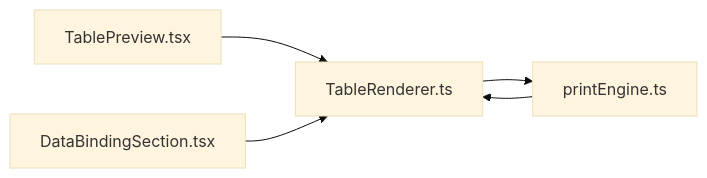
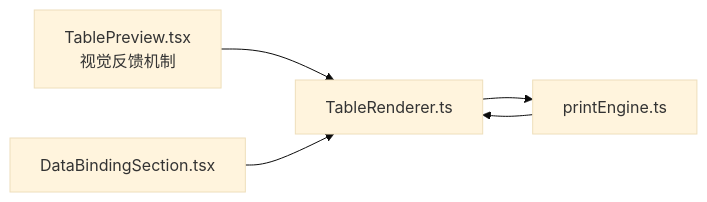
One commit to joker-yjc/printer changed the sixth of 6 diagrams in .qoder/repowiki/zh/content/组件系统详解/表格组件.md. Above: the diagram before and after it, drawn with Mermaid (base theme). The commit also changed other lines of this file and 61 other files, not shown here.

````diff
--- a/.qoder/repowiki/zh/content/组件系统详解/表格组件.md
+++ b/.qoder/repowiki/zh/content/组件系统详解/表格组件.md
@@ -247,7 +265,7 @@
 ```mermaid
 graph LR
-TP["TablePreview.tsx"] --> TR["TableRenderer.ts"]
+TP["TablePreview.tsx<br/>视觉反馈机制"] --> TR["TableRenderer.ts"]
 DBS["DataBindingSection.tsx"] --> TR
 TR --> PE["printEngine.ts"]
 PE --> TR
 ```
````
